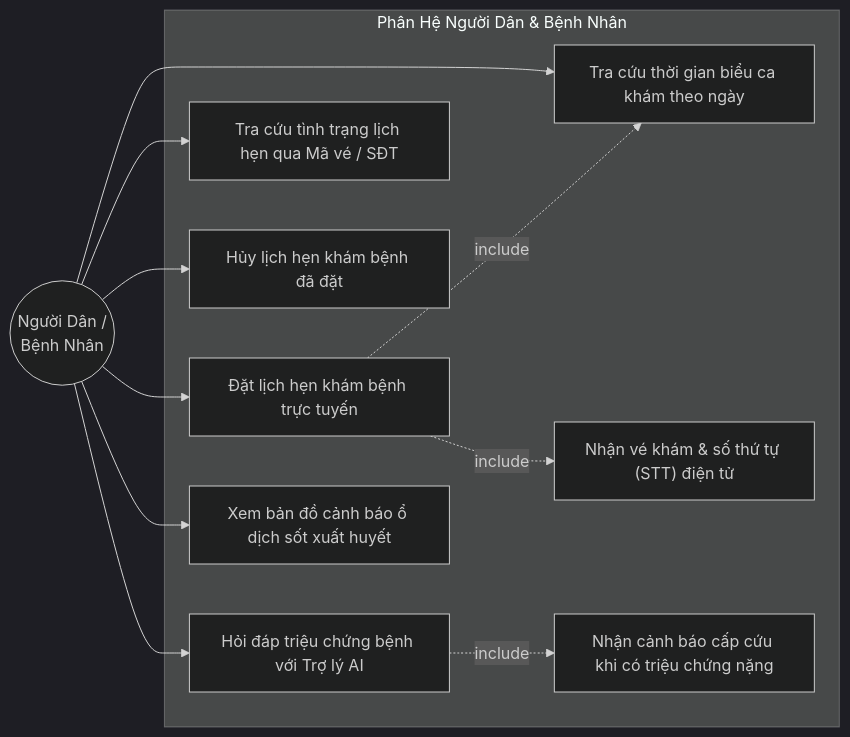
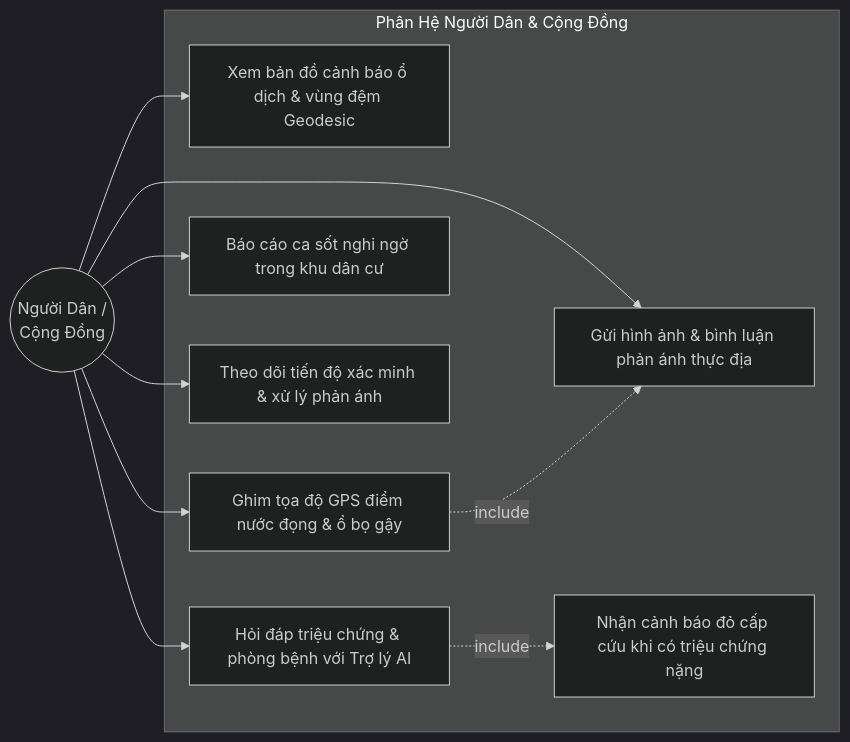
Before and after one commit to VanderSpeare/dengue-prediction: diagram 12 of 26 in README.md, drawn with Mermaid (dark theme). The commit also changed other lines of this file and 25 other files, not shown here.

````diff
--- a/README.md
+++ b/README.md
@@ -980,26 +646,24 @@
 ```mermaid
 flowchart LR
-    Actor_Patient((Người Dân /<br/>Bệnh Nhân))
+    Actor_Citizen((Người Dân /<br/>Cộng Đồng))
 
-    subgraph UC_PatientModule ["Phân Hệ Người Dân & Bệnh Nhân"]
-        UC_P1["Tra cứu thời gian biểu ca khám theo ngày"]
-        UC_P2["Đặt lịch hẹn khám bệnh trực tuyến"]
-        UC_P3["Nhận vé khám & số thứ tự (STT) điện tử"]
-        UC_P4["Tra cứu tình trạng lịch hẹn qua Mã vé / SĐT"]
-        UC_P5["Hủy lịch hẹn khám bệnh đã đặt"]
-        UC_P6["Hỏi đáp triệu chứng bệnh với Trợ lý AI"]
-        UC_P7["Nhận cảnh báo cấp cứu khi có triệu chứng nặng"]
-        UC_P8["Xem bản đồ cảnh báo ổ dịch sốt xuất huyết"]
+    subgraph UC_CitizenModule ["Phân Hệ Người Dân & Cộng Đồng"]
+        UC_C1["Xem bản đồ cảnh báo ổ dịch & vùng đệm Geodesic"]
+        UC_C2["Ghim tọa độ GPS điểm nước đọng & ổ bọ gậy"]
+        UC_C3["Gửi hình ảnh & bình luận phản ánh thực địa"]
+        UC_C4["Báo cáo ca sốt nghi ngờ trong khu dân cư"]
+        UC_C5["Theo dõi tiến độ xác minh & xử lý phản ánh"]
+        UC_C6["Hỏi đáp triệu chứng & phòng bệnh với Trợ lý AI"]
+        UC_C7["Nhận cảnh báo đỏ cấp cứu khi có triệu chứng nặng"]
     end
 
-    Actor_Patient --> UC_P1
-    Actor_Patient --> UC_P2
-    Actor_Patient --> UC_P4
-    Actor_Patient --> UC_P5
-    Actor_Patient --> UC_P6
-    Actor_Patient --> UC_P8
+    Actor_Citizen --> UC_C1
+    Actor_Citizen --> UC_C2
+    Actor_Citizen --> UC_C3
+    Actor_Citizen --> UC_C4
+    Actor_Citizen --> UC_C5
+    Actor_Citizen --> UC_C6
 
-    UC_P2 -.->|include| UC_P1
-    UC_P2 -.->|include| UC_P3
-    UC_P6 -.->|include| UC_P7
+    UC_C2 -.->|include| UC_C3
+    UC_C6 -.->|include| UC_C7
 ```
````
